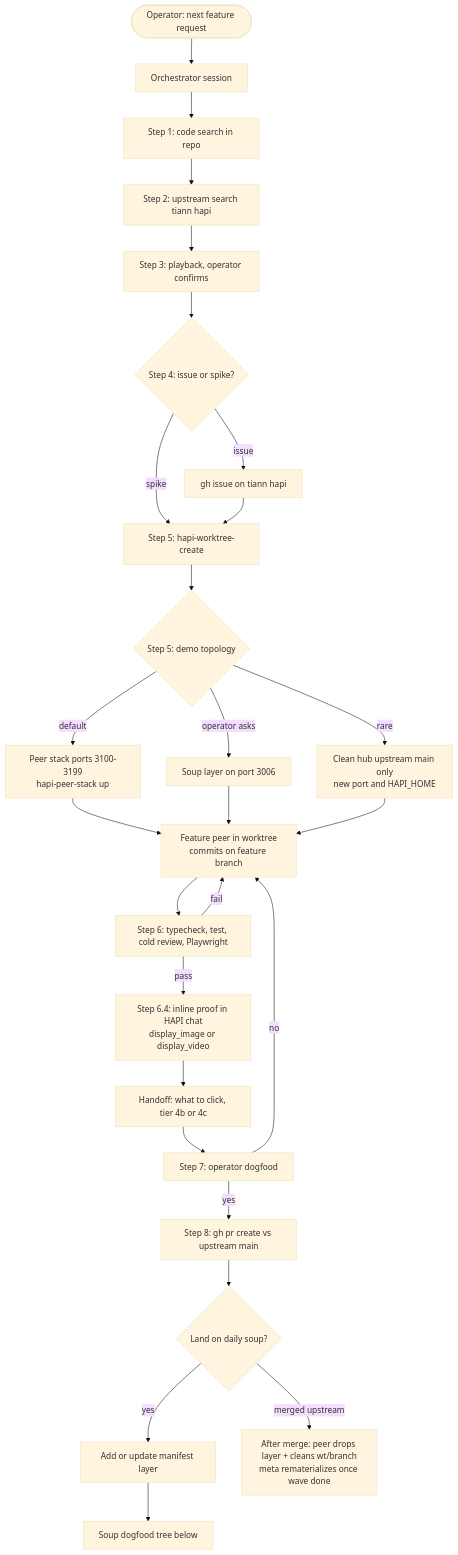
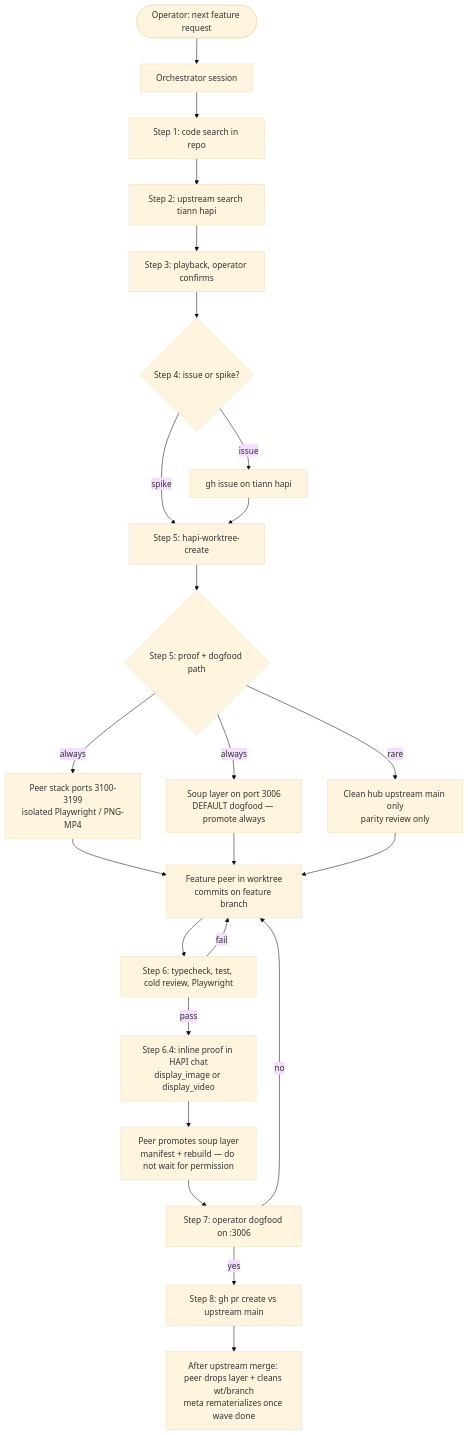
One commit to heavygee/hapi changed the first of 2 diagrams in docs/tooling/feature-work-lifecycle.md. Above: the diagram before and after it, drawn with Mermaid (base theme). The commit also changed other lines of this file and 15 other files, not shown here.

First line of the commit message:
chore(tooling): soup always dogfoods every tip + heals for #1227 layer

````diff
--- a/docs/tooling/feature-work-lifecycle.md
+++ b/docs/tooling/feature-work-lifecycle.md
@@ -48,29 +48,26 @@
 ```mermaid
 flowchart TD
     OP(["Operator: next feature request"]) --> ORCH["Orchestrator session"]
     ORCH --> S01["Step 1: code search in repo"]
     S01 --> S02["Step 2: upstream search tiann hapi"]
     S02 --> S03["Step 3: playback, operator confirms"]
     S03 --> S04{"Step 4: issue or spike?"}
     S04 -->|issue| ISSUE["gh issue on tiann hapi"]
     S04 -->|spike| WT["Step 5: hapi-worktree-create"]
     ISSUE --> WT
-    WT --> TOPO{"Step 5: demo topology"}
-    TOPO -->|default| PEER["Peer stack ports 3100-3199<br/>hapi-peer-stack up"]
-    TOPO -->|operator asks| SOUP["Soup layer on port 3006"]
-    TOPO -->|rare| CLEAN["Clean hub upstream main only<br/>new port and HAPI_HOME"]
+    WT --> TOPO{"Step 5: proof + dogfood path"}
+    TOPO -->|always| PEER["Peer stack ports 3100-3199<br/>isolated Playwright / PNG-MP4"]
+    TOPO -->|always| SOUP["Soup layer on port 3006<br/>DEFAULT dogfood — promote always"]
+    TOPO -->|rare| CLEAN["Clean hub upstream main only<br/>parity review only"]
     PEER --> IMPL["Feature peer in worktree<br/>commits on feature branch"]
     SOUP --> IMPL
     CLEAN --> IMPL
     IMPL --> GATES["Step 6: typecheck, test, cold review, Playwright"]
     GATES -->|fail| IMPL
     GATES -->|pass| INLINE["Step 6.4: inline proof in HAPI chat<br/>display_image or display_video"]
-    INLINE --> HAND["Handoff: what to click, tier 4b or 4c"]
-    HAND --> DOG["Step 7: operator dogfood"]
+    INLINE --> PROMOTE["Peer promotes soup layer<br/>manifest + rebuild — do not wait for permission"]
+    PROMOTE --> DOG["Step 7: operator dogfood on :3006"]
     DOG -->|no| IMPL
     DOG -->|yes| PR["Step 8: gh pr create vs upstream main"]
-    PR --> SOUP2{"Land on daily soup?"}
-    SOUP2 -->|yes| MANIFEST["Add or update manifest layer"]
-    MANIFEST --> SOUPTREE["Soup dogfood tree below"]
-    SOUP2 -->|merged upstream| DROP["After merge: peer drops layer + cleans wt/branch<br/>meta rematerializes once wave done"]
+    PR --> DROP["After upstream merge: peer drops layer + cleans wt/branch<br/>meta rematerializes once wave done"]
 ```
````
